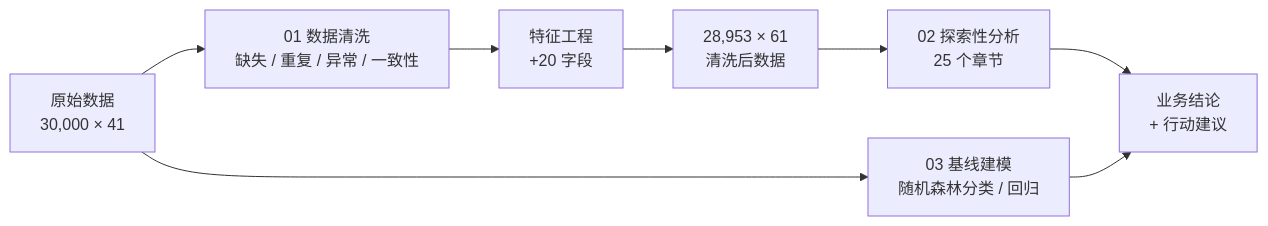
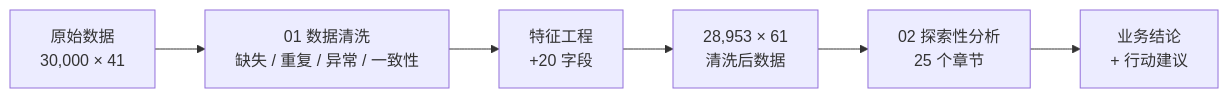
The diagram in README.md (cyin81506-a11y/ecommerce-orders-analysis), drawn with Mermaid before and after one commit. The commit also changed other lines of this file and 4 other files, not shown here.

````diff
--- a/README.md
+++ b/README.md
@@ -71,10 +70,8 @@
 ```mermaid
 flowchart LR
     A["原始数据<br/>30,000 × 41"] --> B["01 数据清洗<br/>缺失 / 重复 / 异常 / 一致性"]
     B --> C["特征工程<br/>+20 字段"]
     C --> D["28,953 × 61<br/>清洗后数据"]
     D --> E["02 探索性分析<br/>25 个章节"]
     E --> F["业务结论<br/>+ 行动建议"]
-    A --> G["03 基线建模<br/>随机森林分类 / 回归"]
-    G --> F
 ```
````
